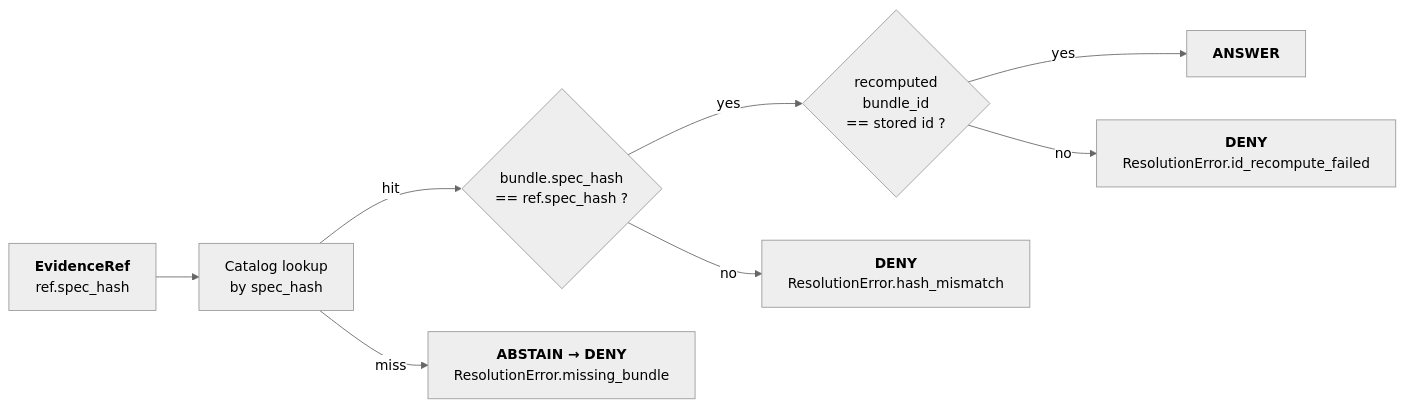
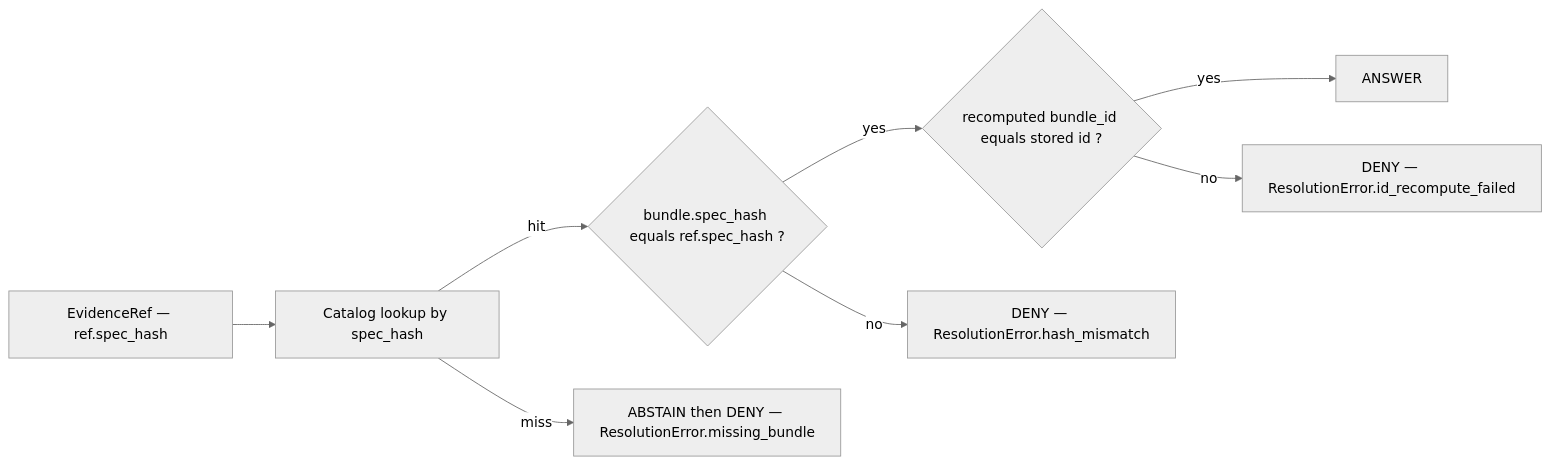
One commit to bartytime4life/Kansas-Frontier-Matrix changed the second of 2 diagrams in docs/domains/hazards/IDENTITY_MODEL.md. Above: the diagram before and after it, drawn with Mermaid (neutral theme). The commit also changed other lines of this file, not shown here.

````diff
--- a/docs/domains/hazards/IDENTITY_MODEL.md
+++ b/docs/domains/hazards/IDENTITY_MODEL.md
@@ -298,10 +319,10 @@
 ```mermaid
 flowchart LR
-  REF["<b>EvidenceRef</b><br/>ref.spec_hash"] --> LOOK["Catalog lookup<br/>by spec_hash"]
-  LOOK -->|hit| MATCH{"bundle.spec_hash<br/>== ref.spec_hash ?"}
-  LOOK -->|miss| MISS["<b>ABSTAIN → DENY</b><br/>ResolutionError.missing_bundle"]
-  MATCH -->|yes| RECOMP{"recomputed<br/>bundle_id<br/>== stored id ?"}
-  MATCH -->|no| MM["<b>DENY</b><br/>ResolutionError.hash_mismatch"]
-  RECOMP -->|yes| OK["<b>ANSWER</b>"]
-  RECOMP -->|no| TAMPER["<b>DENY</b><br/>ResolutionError.id_recompute_failed"]
+  REF["EvidenceRef — ref.spec_hash"] --> LOOK["Catalog lookup by spec_hash"]
+  LOOK -->|hit| MATCH{"bundle.spec_hash equals ref.spec_hash ?"}
+  LOOK -->|miss| MISS["ABSTAIN then DENY — ResolutionError.missing_bundle"]
+  MATCH -->|yes| RECOMP{"recomputed bundle_id equals stored id ?"}
+  MATCH -->|no| MM["DENY — ResolutionError.hash_mismatch"]
+  RECOMP -->|yes| OK["ANSWER"]
+  RECOMP -->|no| TAMPER["DENY — ResolutionError.id_recompute_failed"]
 ```
````
